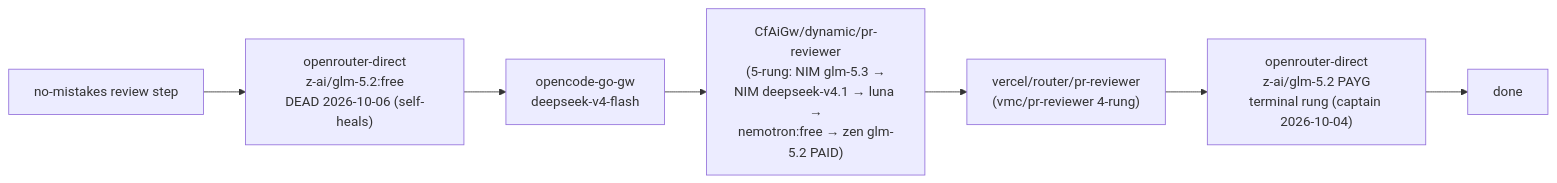
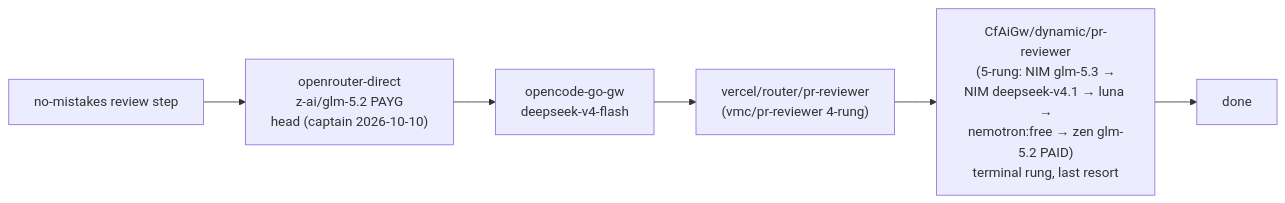
The second of 3 diagrams in dot_agents/skills/provider-catalog/references/d1/NO_MISTAKES_MODELS.md (phillias/dotfiles), drawn with Mermaid before and after one commit. The commit also changed other lines of this file and 4 other files, not shown here.

Commit message:
no-mistakes(document): docs: sync pi fallback-chain docs to deepseek/PAYG re-head

````diff
--- a/dot_agents/skills/provider-catalog/references/d1/NO_MISTAKES_MODELS.md
+++ b/dot_agents/skills/provider-catalog/references/d1/NO_MISTAKES_MODELS.md
@@ -42,4 +42,4 @@
 ```mermaid
 flowchart LR
-    rev["no-mistakes review step"] --> v1["openrouter-direct<br/>z-ai/glm-5.2:free<br/>DEAD 2026-10-06 (self-heals)"] --> v2["opencode-go-gw<br/>deepseek-v4-flash"] --> v3["CfAiGw/dynamic/pr-reviewer<br/>(5-rung: NIM glm-5.3 →<br/>NIM deepseek-v4.1 → luna →<br/>nemotron:free → zen glm-5.2 PAID)"] --> v4["vercel/router/pr-reviewer<br/>(vmc/pr-reviewer 4-rung)"] --> v5["openrouter-direct<br/>z-ai/glm-5.2 PAYG<br/>terminal rung (captain 2026-10-04)"] --> done[done]
+    rev["no-mistakes review step"] --> v1["openrouter-direct<br/>z-ai/glm-5.2 PAYG<br/>head (captain 2026-10-10)"] --> v2["opencode-go-gw<br/>deepseek-v4-flash"] --> v3["vercel/router/pr-reviewer<br/>(vmc/pr-reviewer 4-rung)"] --> v4["CfAiGw/dynamic/pr-reviewer<br/>(5-rung: NIM glm-5.3 →<br/>NIM deepseek-v4.1 → luna →<br/>nemotron:free → zen glm-5.2 PAID)<br/>terminal rung, last resort"] --> done[done]
 ```
````
